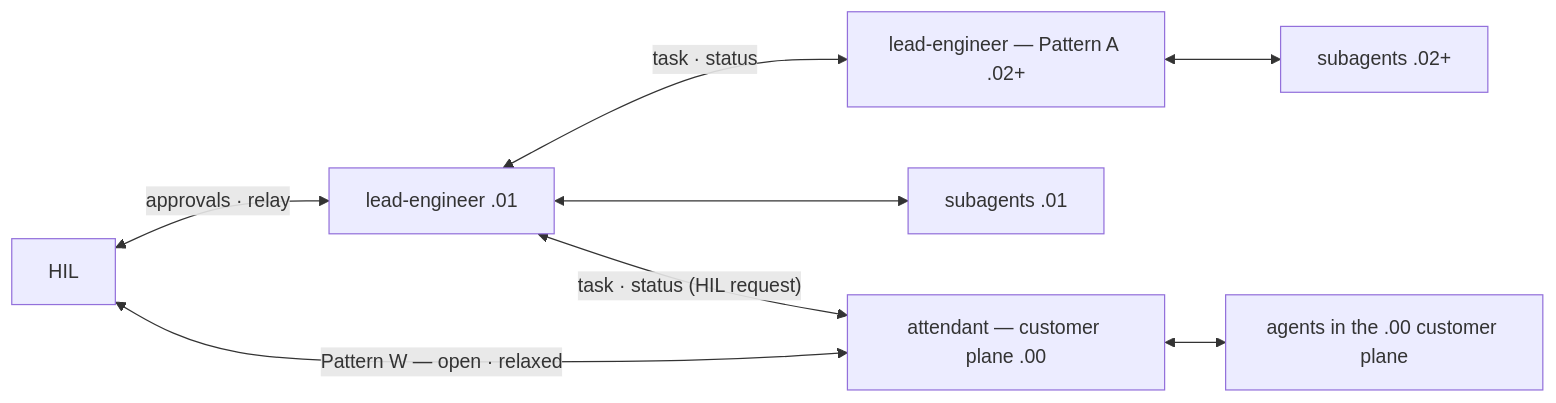
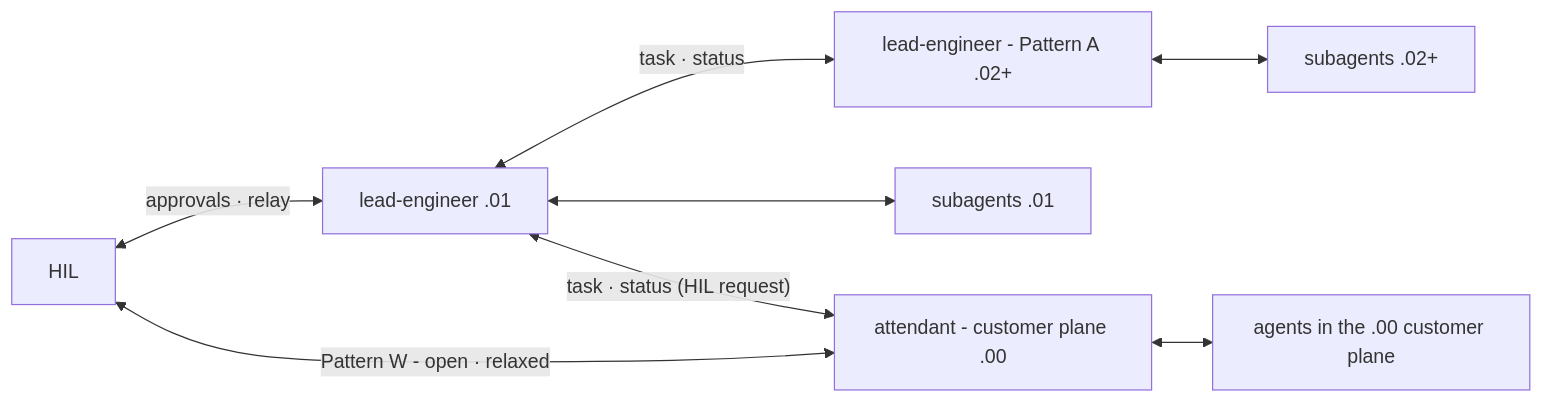
The second of 4 diagrams in mddocs/onboarding/visual-overview.md (sworley/AgenticCore), drawn with Mermaid before and after one commit. The commit also changed other lines of this file and 224 other files, not shown here.

````diff
--- a/mddocs/onboarding/visual-overview.md
+++ b/mddocs/onboarding/visual-overview.md
@@ -45,10 +45,10 @@
 ```mermaid
 flowchart LR
     HIL[HIL] <-->|"approvals · relay"| L01[lead-engineer .01]
-    L01 <-->|"task · status"| L02[lead-engineer — Pattern A .02+]
+    L01 <-->|"task · status"| L02[lead-engineer - Pattern A .02+]
     L02 <--> SUB[subagents .02+]
     L01 <--> S01[subagents .01]
-    L01 <-->|"task · status (HIL request)"| ATT[attendant — customer plane .00]
+    L01 <-->|"task · status (HIL request)"| ATT[attendant - customer plane .00]
     ATT <--> ASUB[agents in the .00 customer plane]
-    HIL <-->|"Pattern W — open · relaxed"| ATT
+    HIL <-->|"Pattern W - open · relaxed"| ATT
 ```
````
